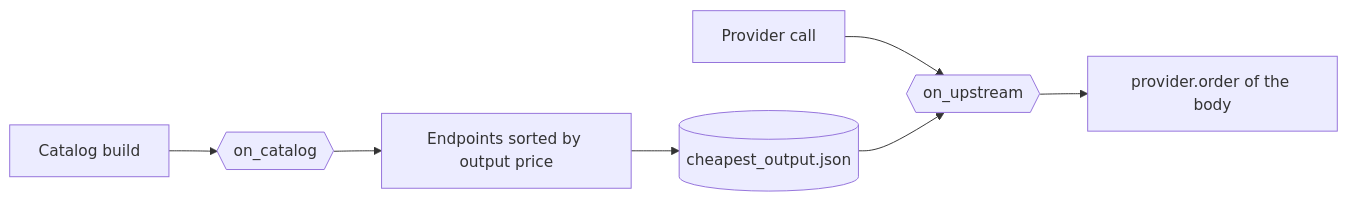
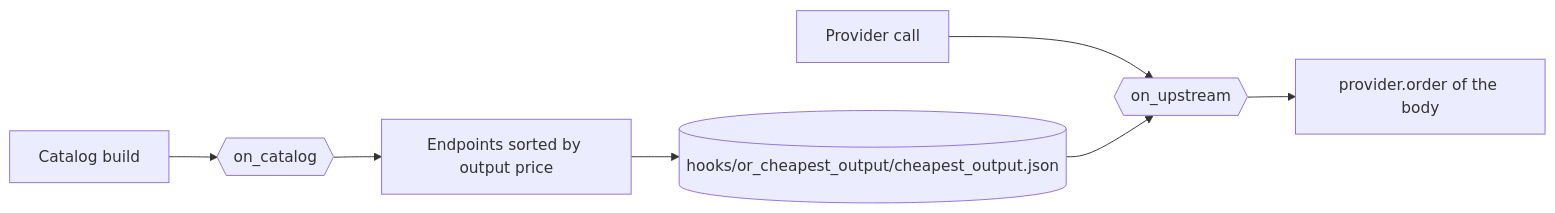
The diagram in docs/hooks/or_cheapest_output.md (nemoe7/daedalus), drawn with Mermaid before and after one commit. The commit also changed other lines of this file and 8 other files, not shown here.

Commit message:
feat(hooks): store hook settings and JSON data in .daedalus-state

````diff
--- a/docs/hooks/or_cheapest_output.md
+++ b/docs/hooks/or_cheapest_output.md
@@ -14,9 +14,9 @@
 ```mermaid
 flowchart LR
   A[Catalog build] --> B{{on_catalog}}
   B --> C[Endpoints sorted by output price]
-  C --> D[(cheapest_output.json)]
+  C --> D[(hooks/or_cheapest_output/cheapest_output.json)]
   E[Provider call] --> F{{on_upstream}}
   D --> F
   F --> G[provider.order of the body]
 ```
````
